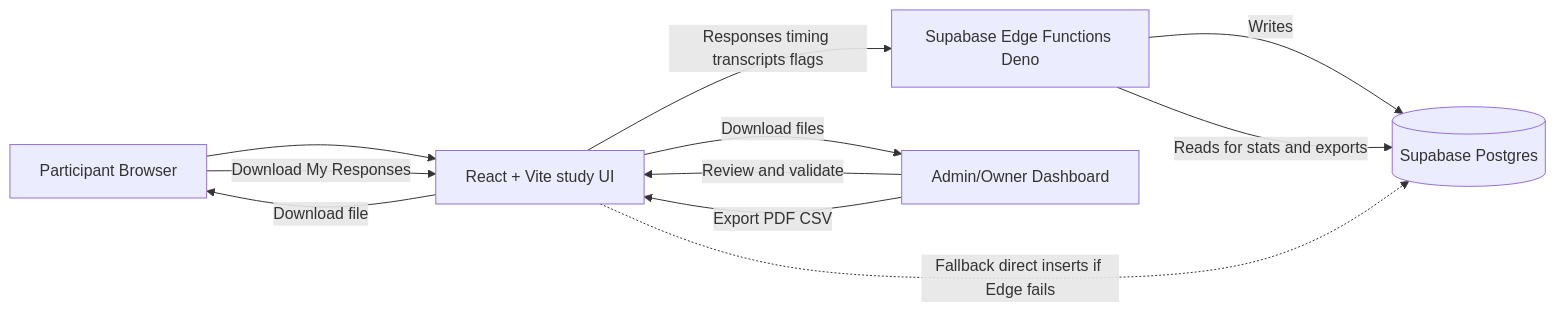
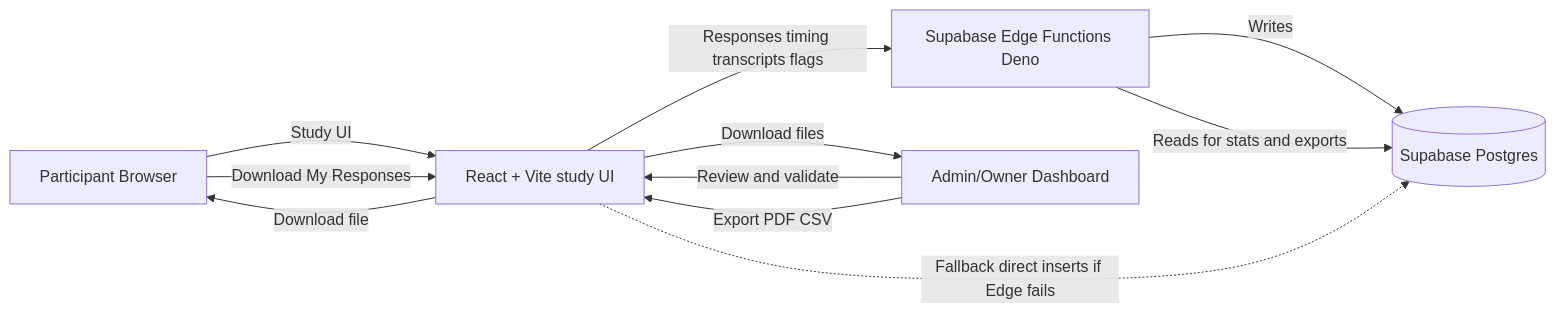
Before and after one commit to jacobemanuel/embodiment-lab: the second of 2 diagrams in README.md, drawn with Mermaid.

Commit message:
Label participant UI arrow in data logging diagram

````diff
--- a/README.md
+++ b/README.md
@@ -103,16 +103,16 @@
 ```mermaid
 flowchart LR
-  User["Participant Browser"] --> FE["React + Vite study UI"]
+  User["Participant Browser"] -->|Study UI| FE["React + Vite study UI"]
   FE -->|Responses timing transcripts flags| Edge["Supabase Edge Functions Deno"]
   Edge -->|Writes| DB[("Supabase Postgres")]
   Edge -->|Reads for stats and exports| DB
 
   FE -.->|Fallback direct inserts if Edge fails| DB
 
   Admin["Admin/Owner Dashboard"] -->|Review and validate| FE
   Admin -->|Export PDF CSV| FE
   FE -->|Download files| Admin
 
   User -->|Download My Responses| FE
   FE -->|Download file| User
 ```
````
